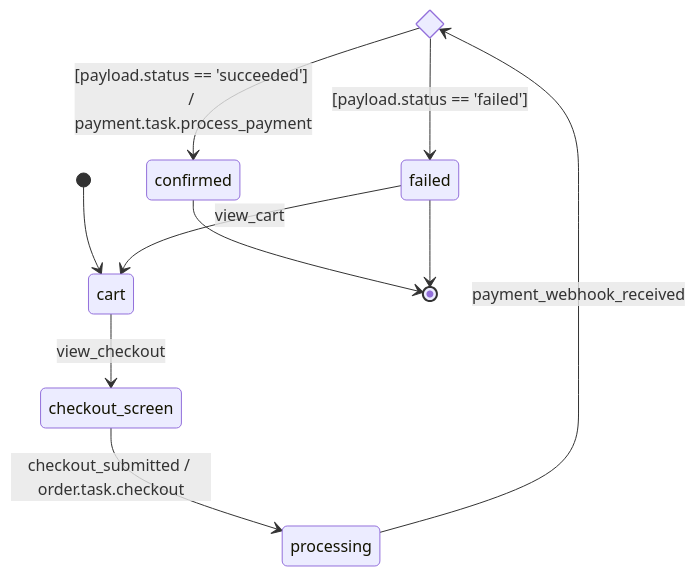
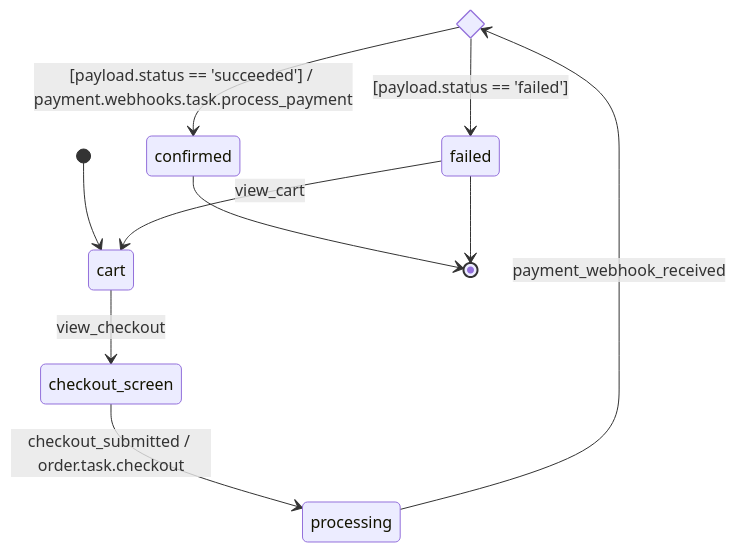
Before and after one commit to hiroshiasayadev-prog/brewprint: the second of 3 diagrams in docs/uc/001-ec-checkout-flow/docs/render-state.md, drawn with Mermaid. The commit also changed 9 other files, not shown here.

Commit message:
Complete UC-001 EC checkout flow fixture

````diff
--- a/docs/uc/001-ec-checkout-flow/docs/render-state.md
+++ b/docs/uc/001-ec-checkout-flow/docs/render-state.md
@@ -28,15 +28,15 @@
 ```mermaid
 stateDiagram-v2
   state _choice_processing_payment_webhook_received <<choice>>
 
   [*] --> cart
   confirmed --> [*]
   failed --> [*]
 
   cart --> checkout_screen : view_checkout
   failed --> cart : view_cart
   checkout_screen --> processing : checkout_submitted / order.task.checkout
   processing --> _choice_processing_payment_webhook_received : payment_webhook_received
-  _choice_processing_payment_webhook_received --> confirmed : [payload.status == 'succeeded'] / payment.task.process_payment
+  _choice_processing_payment_webhook_received --> confirmed : [payload.status == 'succeeded'] / payment.webhooks.task.process_payment
   _choice_processing_payment_webhook_received --> failed : [payload.status == 'failed']
 ```
````
